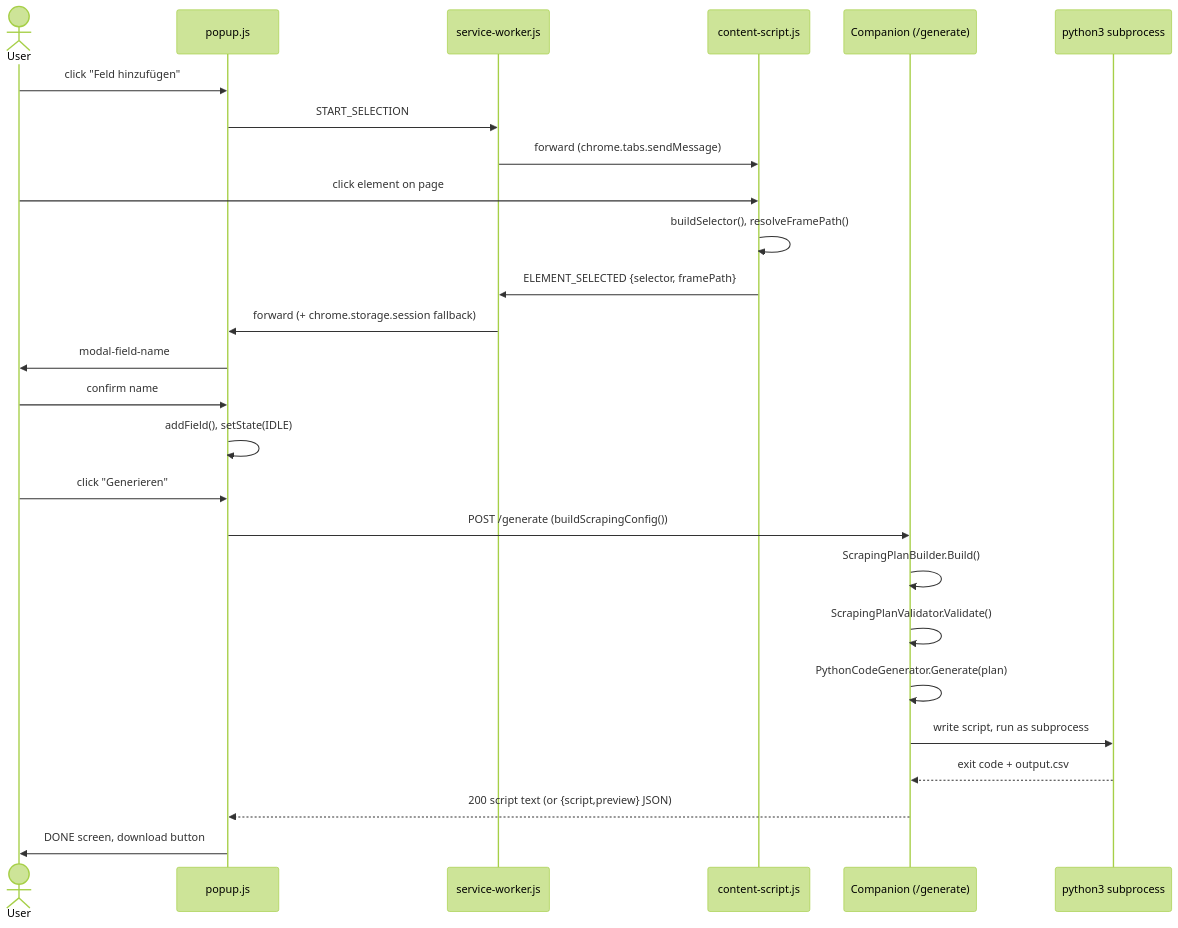
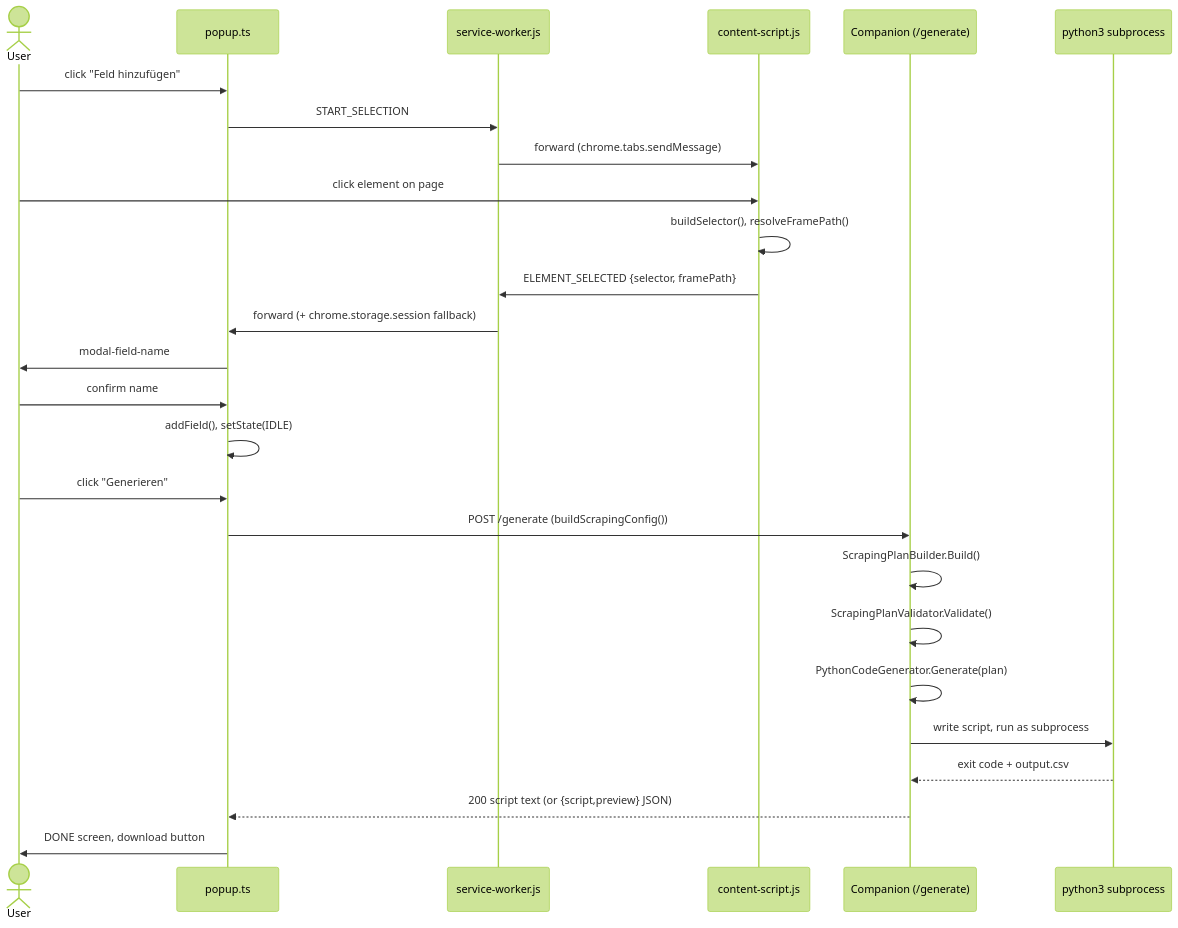
The seventh of 7 diagrams in docs/ARCHITECTURE.md (Aventinis/Scraping-Factory), drawn with Mermaid (forest theme) before and after one commit. The commit also changed other lines of this file and 45 other files, not shown here.

````diff
--- a/docs/ARCHITECTURE.md
+++ b/docs/ARCHITECTURE.md
@@ -2389,29 +2389,29 @@
 ```mermaid
 sequenceDiagram
     actor User
-    participant Popup as popup.js
+    participant Popup as popup.ts
     participant SW as service-worker.js
     participant CS as content-script.js
     participant Comp as Companion (/generate)
     participant Py as python3 subprocess
 
     User->>Popup: click "Feld hinzufügen"
     Popup->>SW: START_SELECTION
     SW->>CS: forward (chrome.tabs.sendMessage)
     User->>CS: click element on page
     CS->>CS: buildSelector(), resolveFramePath()
     CS->>SW: ELEMENT_SELECTED {selector, framePath}
     SW->>Popup: forward (+ chrome.storage.session fallback)
     Popup->>User: modal-field-name
     User->>Popup: confirm name
     Popup->>Popup: addField(), setState(IDLE)
     User->>Popup: click "Generieren"
     Popup->>Comp: POST /generate (buildScrapingConfig())
     Comp->>Comp: ScrapingPlanBuilder.Build()
     Comp->>Comp: ScrapingPlanValidator.Validate()
     Comp->>Comp: PythonCodeGenerator.Generate(plan)
     Comp->>Py: write script, run as subprocess
     Py-->>Comp: exit code + output.csv
     Comp-->>Popup: 200 script text (or {script,preview} JSON)
     Popup->>User: DONE screen, download button
 ```
````
